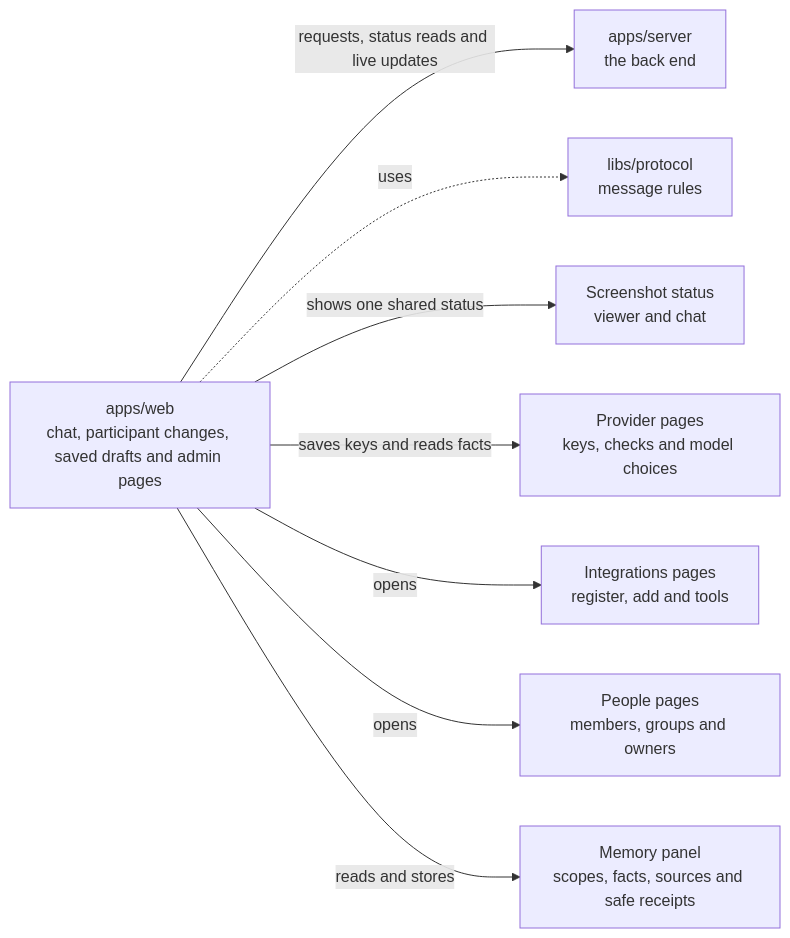
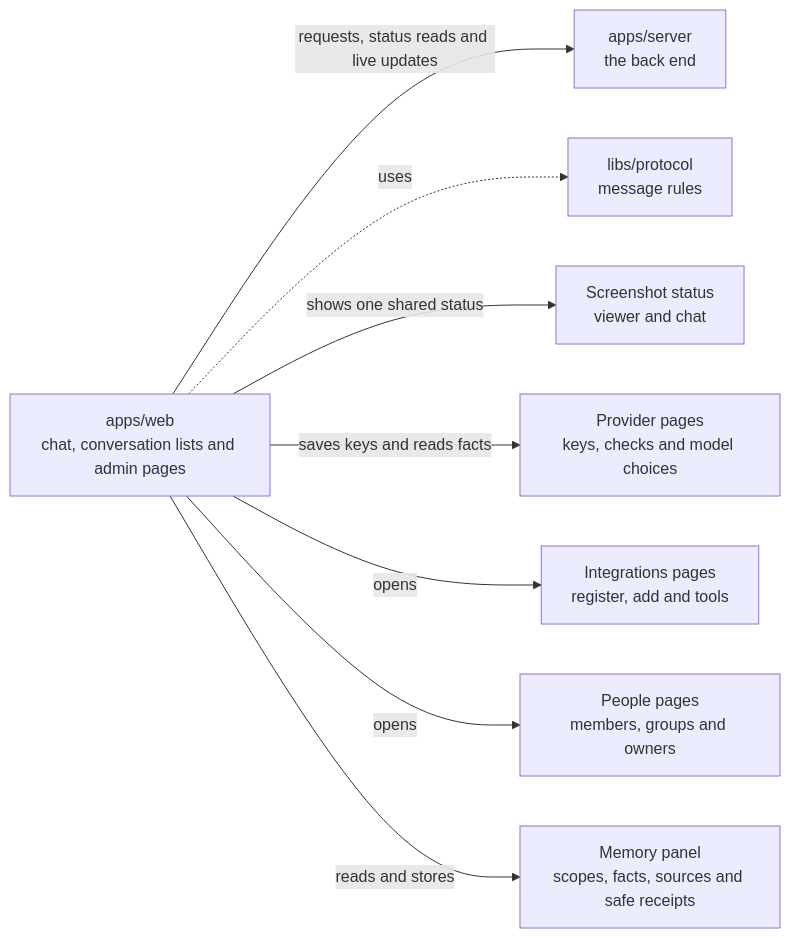
One commit to elewa-git/opencrane-new changed the diagram in apps/web/README.md. Above: the diagram before and after it, drawn with Mermaid. The commit also changed other lines of this file and 27 other files, not shown here.

````diff
--- a/apps/web/README.md
+++ b/apps/web/README.md
@@ -11,10 +11,10 @@
 ```mermaid
 flowchart LR
-  web["apps/web<br/>chat, participant changes, saved drafts and admin pages"] -->|requests, status reads and live updates| server["apps/server<br/>the back end"]
+  web["apps/web<br/>chat, conversation lists and admin pages"] -->|requests, status reads and live updates| server["apps/server<br/>the back end"]
   web -.->|uses| protocol["libs/protocol<br/>message rules"]
   web -->|shows one shared status| capture["Screenshot status<br/>viewer and chat"]
   web -->|saves keys and reads facts| providers["Provider pages<br/>keys, checks and model choices"]
   web -->|opens| integrations["Integrations pages<br/>register, add and tools"]
   web -->|opens| people["People pages<br/>members, groups and owners"]
   web -->|reads and stores| memory["Memory panel<br/>scopes, facts, sources and safe receipts"]
 ```
````
